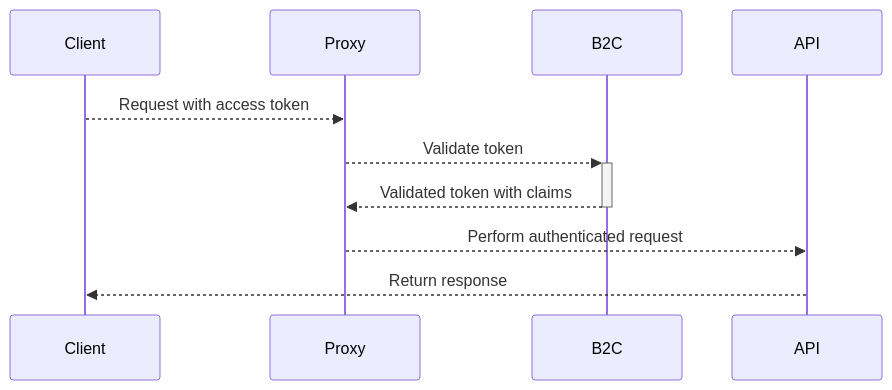
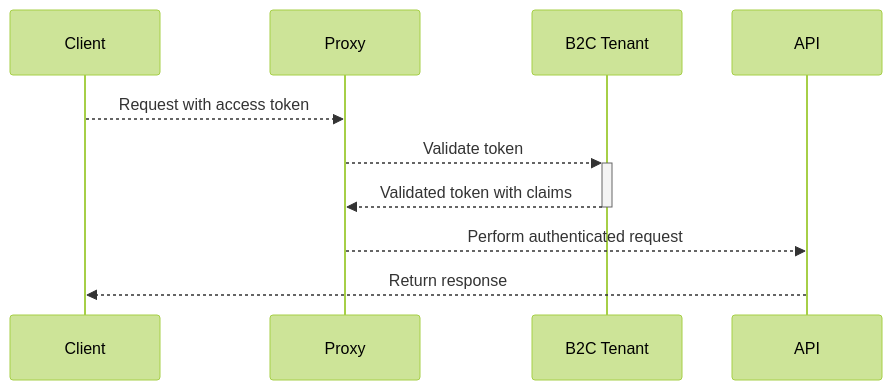
Before and after one commit to DataBiosphere/duos-ui: the fourth of 4 diagrams in docs/Authentication.md, drawn with Mermaid. The commit also changed other lines of this file, not shown here.

````diff
--- a/docs/Authentication.md
+++ b/docs/Authentication.md
@@ -60,8 +95,9 @@
 ```mermaid
+%%{init: { 'theme': 'forest' } }%%
 sequenceDiagram
     Client -->> Proxy: Request with access token
-    Proxy -->>+ B2C: Validate token
-    B2C -->>- Proxy: Validated token with claims
+    Proxy -->>+ B2C Tenant: Validate token
+    B2C Tenant -->>- Proxy: Validated token with claims
     Proxy -->> API: Perform authenticated request
     API -->> Client: Return response
 ```
````
